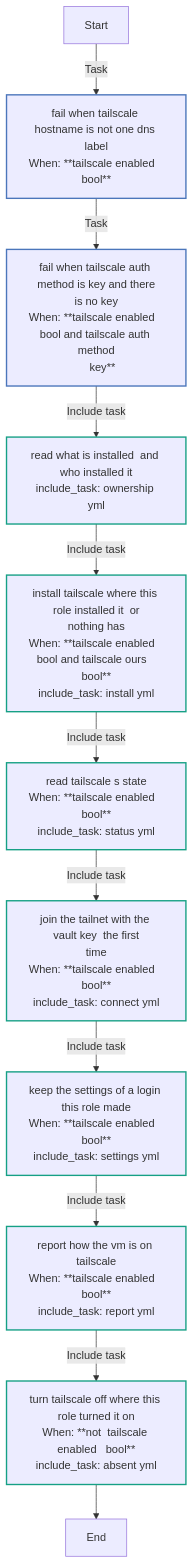
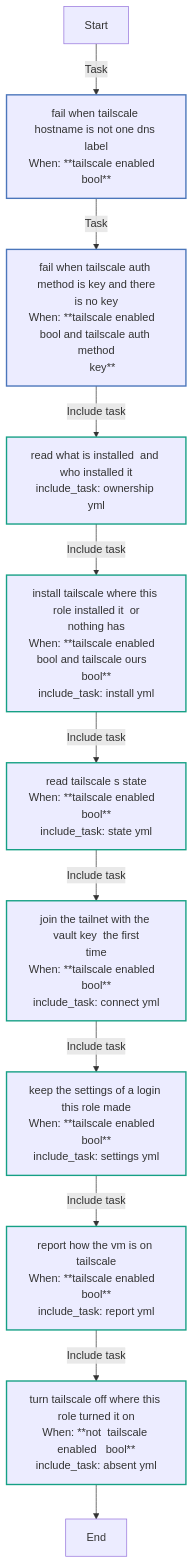
One commit to kawadeomkar/claude-on-proxmox changed the first of 13 diagrams in docs/reference/roles/tailscale.md. Above: the diagram before and after it, drawn with Mermaid. The commit also changed other lines of this file and 45 other files, not shown here.

````diff
--- a/docs/reference/roles/tailscale.md
+++ b/docs/reference/roles/tailscale.md
@@ -165,23 +181,23 @@
 ```mermaid
 flowchart TD
 Start
 classDef block stroke:#3498db,stroke-width:2px;
 classDef task stroke:#4b76bb,stroke-width:2px;
 classDef includeTasks stroke:#16a085,stroke-width:2px;
 classDef importTasks stroke:#34495e,stroke-width:2px;
 classDef includeRole stroke:#2980b9,stroke-width:2px;
 classDef importRole stroke:#699ba7,stroke-width:2px;
 classDef includeVars stroke:#8e44ad,stroke-width:2px;
 classDef rescue stroke:#665352,stroke-width:2px;
 
   Start-->|Task| Fail_when_tailscale_hostname_is_not_one_DNS_label0[fail when tailscale hostname is not one dns label<br>When: **tailscale enabled   bool**]:::task
   Fail_when_tailscale_hostname_is_not_one_DNS_label0-->|Task| Fail_when_tailscale_auth_method_is_key_and_there_is_no_key1[fail when tailscale auth method is key and there<br>is no key<br>When: **tailscale enabled   bool and tailscale auth method<br>    key**]:::task
   Fail_when_tailscale_auth_method_is_key_and_there_is_no_key1-->|Include task| Read_what_is_installed__and_who_installed_it_ownership_yml_2[read what is installed  and who installed it<br>include_task: ownership yml]:::includeTasks
   Read_what_is_installed__and_who_installed_it_ownership_yml_2-->|Include task| Install_Tailscale_where_this_role_installed_it__or_nothing_has_install_yml_3[install tailscale where this role installed it  or<br>nothing has<br>When: **tailscale enabled   bool and tailscale ours   bool**<br>include_task: install yml]:::includeTasks
-  Install_Tailscale_where_this_role_installed_it__or_nothing_has_install_yml_3-->|Include task| Read_Tailscale_s_state_status_yml_4[read tailscale s state<br>When: **tailscale enabled   bool**<br>include_task: status yml]:::includeTasks
-  Read_Tailscale_s_state_status_yml_4-->|Include task| Join_the_tailnet_with_the_vault_key__the_first_time_connect_yml_5[join the tailnet with the vault key  the first<br>time<br>When: **tailscale enabled   bool**<br>include_task: connect yml]:::includeTasks
+  Install_Tailscale_where_this_role_installed_it__or_nothing_has_install_yml_3-->|Include task| Read_Tailscale_s_state_state_yml_4[read tailscale s state<br>When: **tailscale enabled   bool**<br>include_task: state yml]:::includeTasks
+  Read_Tailscale_s_state_state_yml_4-->|Include task| Join_the_tailnet_with_the_vault_key__the_first_time_connect_yml_5[join the tailnet with the vault key  the first<br>time<br>When: **tailscale enabled   bool**<br>include_task: connect yml]:::includeTasks
   Join_the_tailnet_with_the_vault_key__the_first_time_connect_yml_5-->|Include task| Keep_the_settings_of_a_login_this_role_made_settings_yml_6[keep the settings of a login this role made<br>When: **tailscale enabled   bool**<br>include_task: settings yml]:::includeTasks
   Keep_the_settings_of_a_login_this_role_made_settings_yml_6-->|Include task| Report_how_the_VM_is_on_Tailscale_report_yml_7[report how the vm is on tailscale<br>When: **tailscale enabled   bool**<br>include_task: report yml]:::includeTasks
   Report_how_the_VM_is_on_Tailscale_report_yml_7-->|Include task| Turn_Tailscale_off_where_this_role_turned_it_on_absent_yml_8[turn tailscale off where this role turned it on<br>When: **not  tailscale enabled   bool**<br>include_task: absent yml]:::includeTasks
   Turn_Tailscale_off_where_this_role_turned_it_on_absent_yml_8-->End
 ```
````
